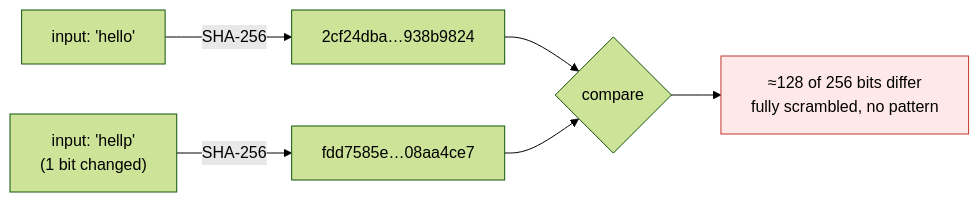
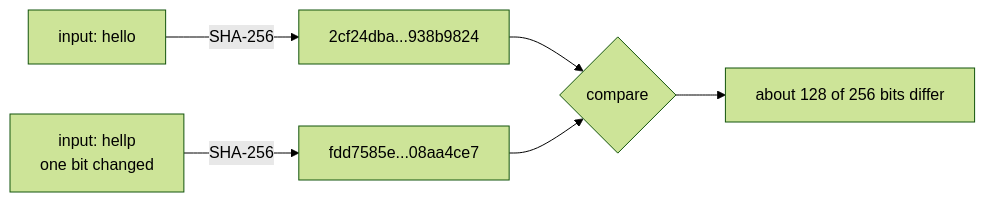
One commit to openarbx/blockchain_math_vault changed the diagram in Concepts/1 - Hash Functions.md. Above: the diagram before and after it, drawn with Mermaid (forest theme). The commit also changed other lines of this file, not shown here.

````diff
--- a/Concepts/1 - Hash Functions.md
+++ b/Concepts/1 - Hash Functions.md
@@ -40,9 +253,8 @@
 ```mermaid
 flowchart LR
-    A["input: 'hello'"] -->|SHA-256| HA["2cf24dba…938b9824"]
-    B["input: 'hellp'<br/>(1 bit changed)"] -->|SHA-256| HB["fdd7585e…08aa4ce7"]
+    A["input: hello"] -->|SHA-256| HA["2cf24dba...938b9824"]
+    B["input: hellp<br/>one bit changed"] -->|SHA-256| HB["fdd7585e...08aa4ce7"]
     HA --> C{"compare"}
     HB --> C
-    C --> D["≈128 of 256 bits differ<br/>fully scrambled, no pattern"]
-    style D fill:#ffe8e8,stroke:#c0392b
+    C --> D["about 128 of 256 bits differ"]
 ```
````
